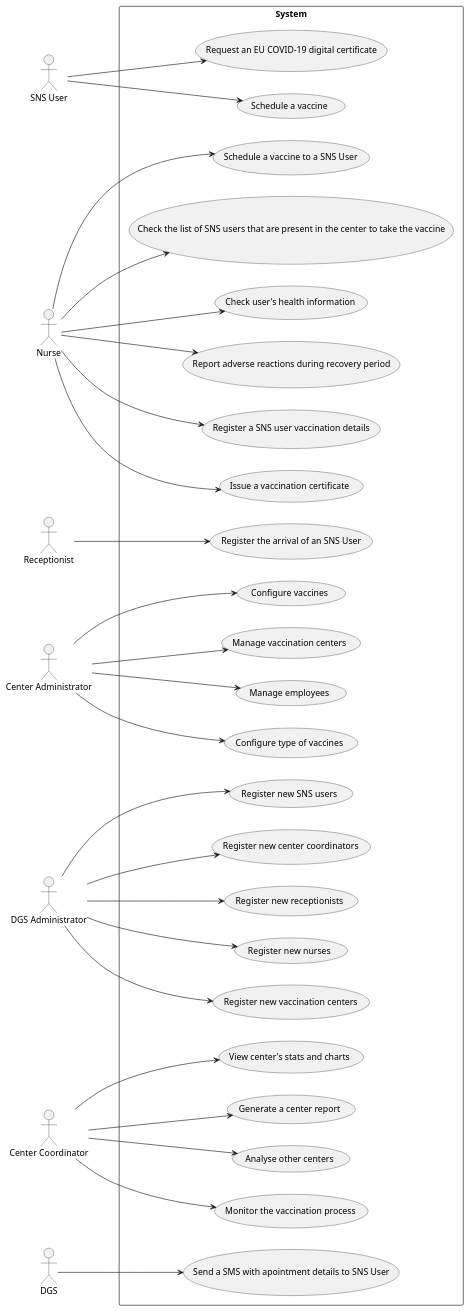
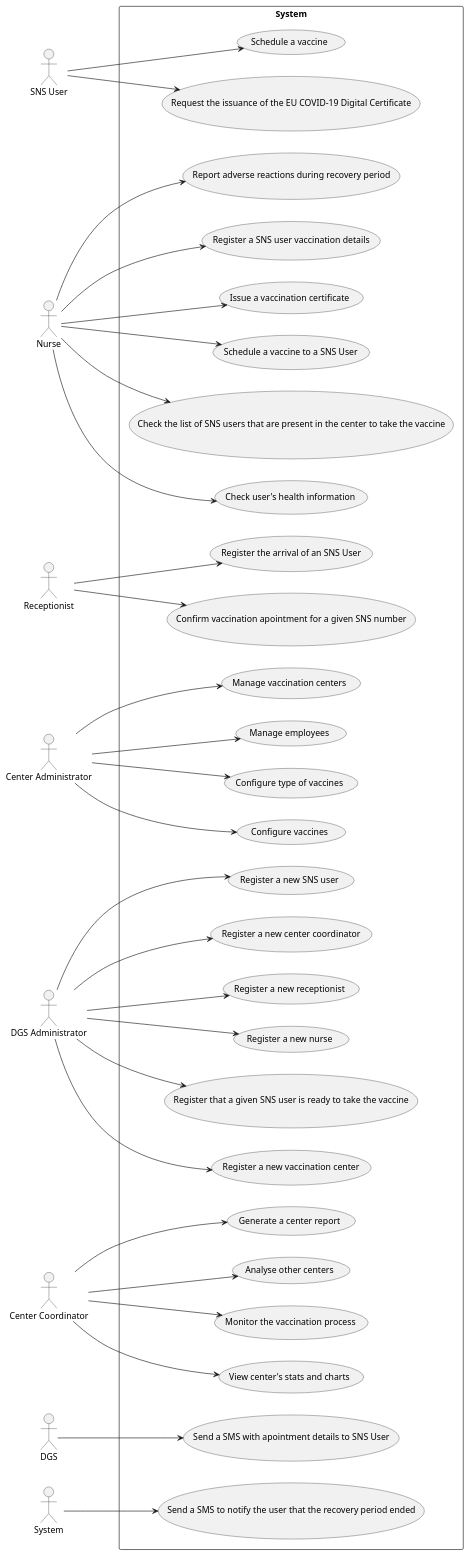
One commit to miseEnPlace-i/lapr2 changed the diagram in docs/SprintA/UCD.puml. Above: the diagram before and after it, drawn with PlantUML.

Commit message:
docs(ucd): added system & nurses ucds

```diff
--- a/docs/SprintA/UCD.puml
+++ b/docs/SprintA/UCD.puml
@@ -1,64 +1,70 @@
 @startuml UCD
 
 left to right direction
 
 actor "SNS User" as user
 actor "Nurse" as nurse
 actor "Receptionist" as recept
 actor "Center Administrator" as cadmin
 actor "DGS Administrator" as dgsadmin
 actor "Center Coordinator" as coordinator
 actor "DGS" as dgs
+actor "System" as system
 
 rectangle System {
   usecase "Schedule a vaccine" as UC01
-  usecase "Request an EU COVID-19 digital certificate" as UC02
+  usecase "Request the issuance of the EU COVID-19 Digital Certificate" as UC02
   usecase "Send a SMS with apointment details to SNS User" as UC03
   usecase "Issue a vaccination certificate" as UC04
   usecase "Schedule a vaccine to a SNS User" as UC05
   usecase "Check the list of SNS users that are present in the center to take the vaccine" as UC06
   usecase "Check user's health information" as UC07
   usecase "Report adverse reactions during recovery period" as UC08
   usecase "Register a SNS user vaccination details" as UC09
   usecase "Register the arrival of an SNS User" as UC10
-  usecase "Register new vaccination centers" as UC11
-  usecase "Register new SNS users" as UC12
-  usecase "Register new center coordinators" as UC13
-  usecase "Register new receptionists" as UC14
-  usecase "Register new nurses" as UC15
-  usecase "Monitor the vaccination process" as UC16
-  usecase "View center's stats and charts" as UC17
-  usecase "Generate a center report" as UC18
-  usecase "Analyse other centers" as UC19
-  usecase "Configure type of vaccines" as UC20
-  usecase "Configure vaccines" as UC21
-  usecase "Manage vaccination centers" as UC22
-  usecase "Manage employees" as UC23
+  usecase "Confirm vaccination apointment for a given SNS number" as UC11
+  usecase "Register that a given SNS user is ready to take the vaccine" as UC12
+  usecase "Register a new vaccination center" as UC13
+  usecase "Register a new SNS user" as UC14
+  usecase "Register a new center coordinator" as UC15
+  usecase "Register a new receptionist" as UC16
+  usecase "Register a new nurse" as UC17
+  usecase "Monitor the vaccination process" as UC18
+  usecase "View center's stats and charts" as UC19
+  usecase "Generate a center report" as UC20
+  usecase "Analyse other centers" as UC21
+  usecase "Configure type of vaccines" as UC22
+  usecase "Configure vaccines" as UC23
+  usecase "Manage vaccination centers" as UC24
+  usecase "Manage employees" as UC25
+  usecase "Send a SMS to notify the user that the recovery period ended" as US26
 }
 
 user --> UC01
 user --> UC02
 dgs --> UC03
 nurse --> UC04
 nurse --> UC05
 nurse --> UC06
 nurse --> UC07
 nurse --> UC08
 nurse --> UC09
 recept --> UC10
-dgsadmin --> UC11
+recept --> UC11
 dgsadmin --> UC12
 dgsadmin --> UC13
 dgsadmin --> UC14
 dgsadmin --> UC15
-coordinator --> UC16
-coordinator --> UC17
+dgsadmin --> UC16
+dgsadmin --> UC17
 coordinator --> UC18
 coordinator --> UC19
-cadmin --> UC20
-cadmin --> UC21
+coordinator --> UC20
+coordinator --> UC21
 cadmin --> UC22
 cadmin --> UC23
-
+cadmin --> UC24
+cadmin --> UC25
+system --> US26
 
 @enduml
```
